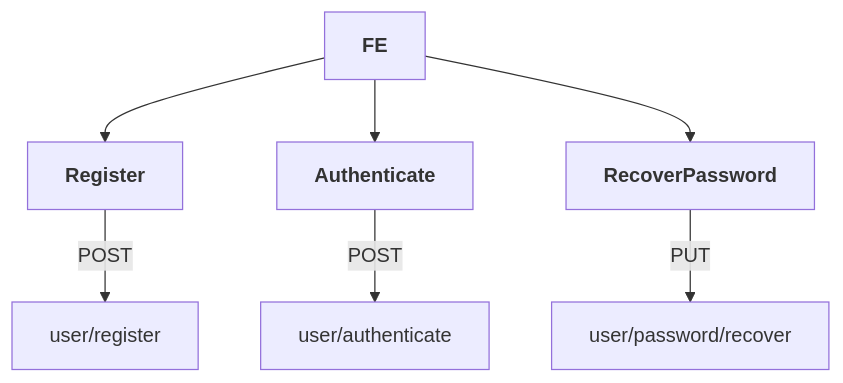
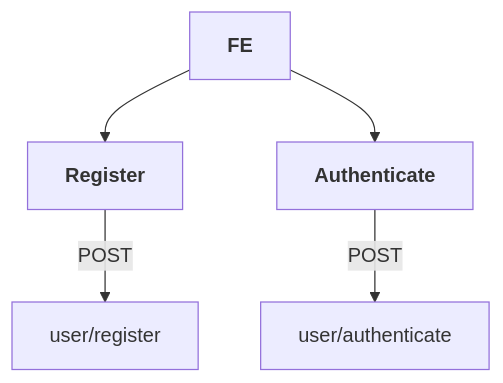
One commit to Karmello/ask-the-world-api changed the fourth of 12 diagrams in README.md. Above: the diagram before and after it, drawn with Mermaid. The commit also changed other lines of this file, not shown here.

````diff
--- a/README.md
+++ b/README.md
@@ -32,6 +32,5 @@
 ```mermaid
 flowchart
 ROOT[<b>FE</b>] --> A1[<b>Register</b>] --> |POST|A2[user/register]
 ROOT --> B1[<b>Authenticate</b>] --> |POST|B2[user/authenticate]
-ROOT --> C1[<b>RecoverPassword</b>] --> |PUT|C2[user/password/recover]
 ```
````
